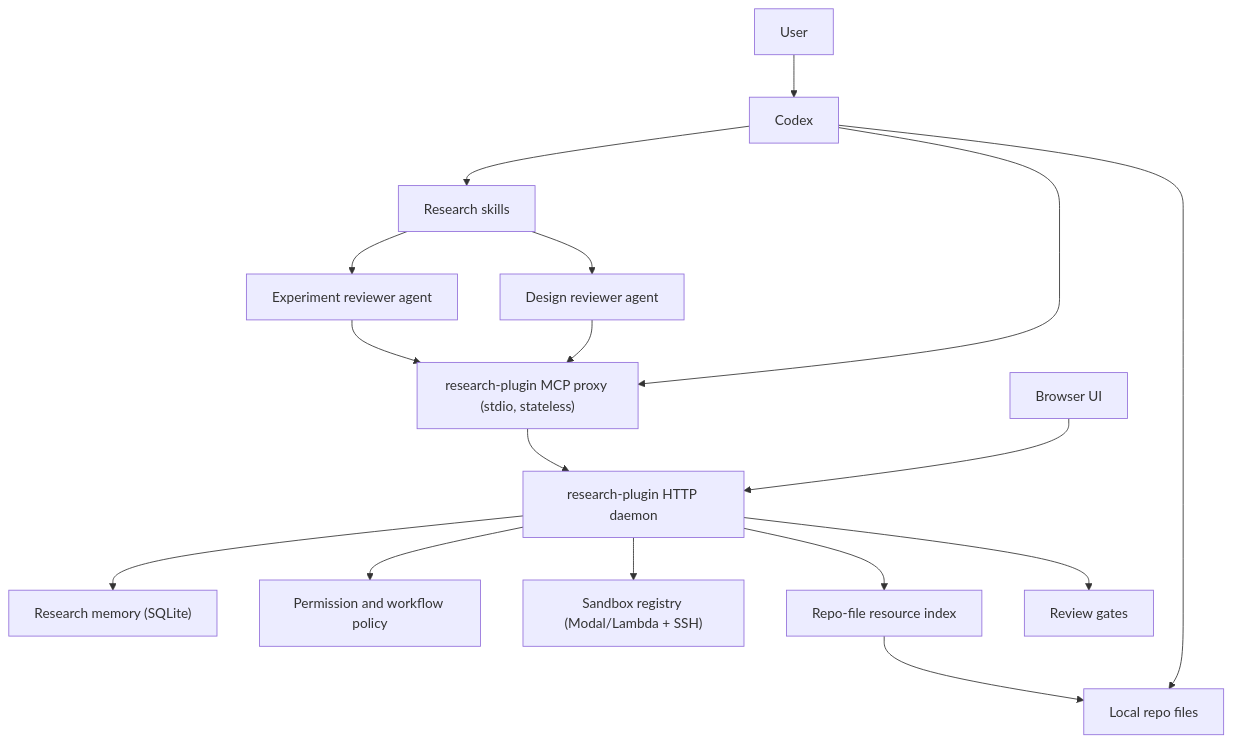
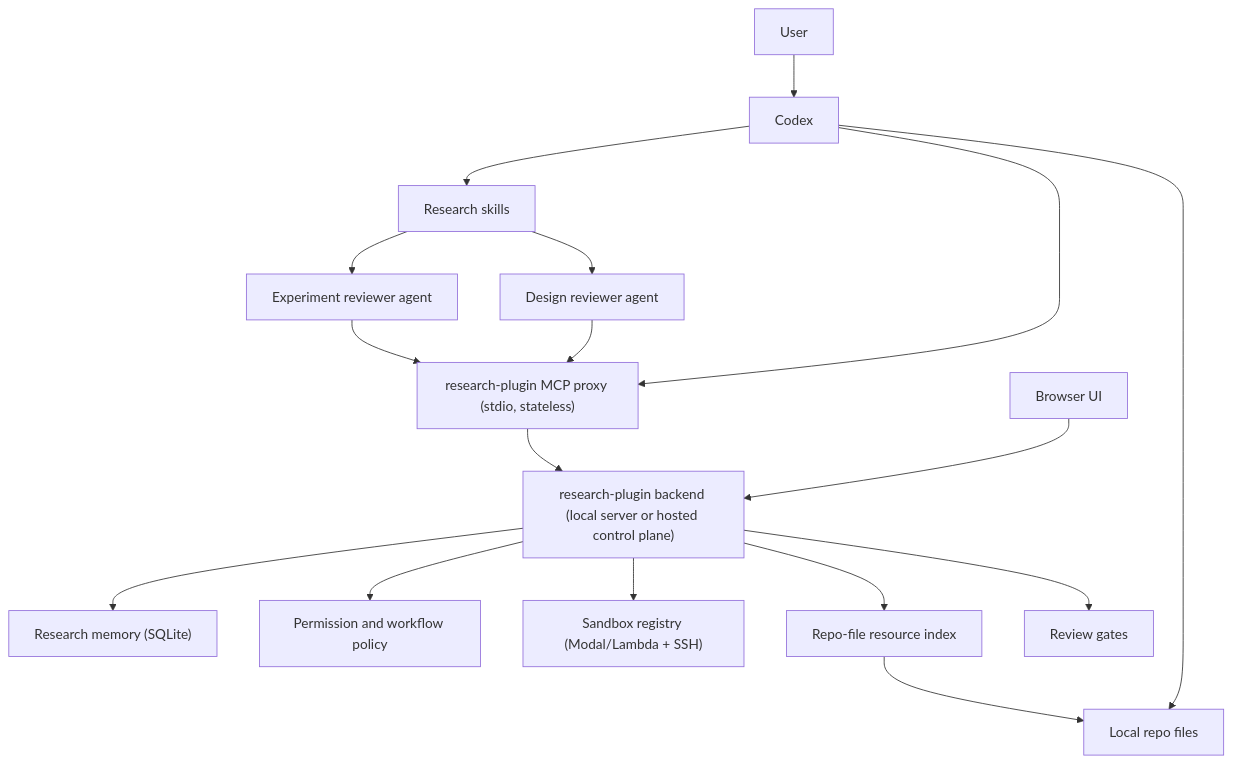
The diagram in research_plugin/docs/ARCHITECTURE.md (NGXT-Inc/Merv), drawn with Mermaid before and after one commit. The commit also changed other lines of this file and 41 other files, not shown here.

````diff
--- a/research_plugin/docs/ARCHITECTURE.md
+++ b/research_plugin/docs/ARCHITECTURE.md
@@ -34,22 +34,22 @@
 ```mermaid
 flowchart TD
   User["User"] --> Codex["Codex"]
   Codex --> Skills["Research skills"]
   Codex --> LocalRepo["Local repo files"]
   Codex --> MCPProxy["research-plugin MCP proxy (stdio, stateless)"]
 
-  Browser["Browser UI"] --> Daemon["research-plugin HTTP daemon"]
-  MCPProxy --> Daemon
+  Browser["Browser UI"] --> Backend["research-plugin backend (local server or hosted control plane)"]
+  MCPProxy --> Backend
 
-  Daemon --> Memory["Research memory (SQLite)"]
-  Daemon --> Policy["Permission and workflow policy"]
-  Daemon --> Jobs["Sandbox registry (Modal/Lambda + SSH)"]
-  Daemon --> ResourceIndex["Repo-file resource index"]
-  Daemon --> ReviewGates["Review gates"]
+  Backend --> Memory["Research memory (SQLite)"]
+  Backend --> Policy["Permission and workflow policy"]
+  Backend --> Jobs["Sandbox registry (Modal/Lambda + SSH)"]
+  Backend --> ResourceIndex["Repo-file resource index"]
+  Backend --> ReviewGates["Review gates"]
 
   Skills --> DesignReviewer["Design reviewer agent"]
   Skills --> ExperimentReviewer["Experiment reviewer agent"]
   DesignReviewer --> MCPProxy
   ExperimentReviewer --> MCPProxy
   ResourceIndex --> LocalRepo
 ```
````
